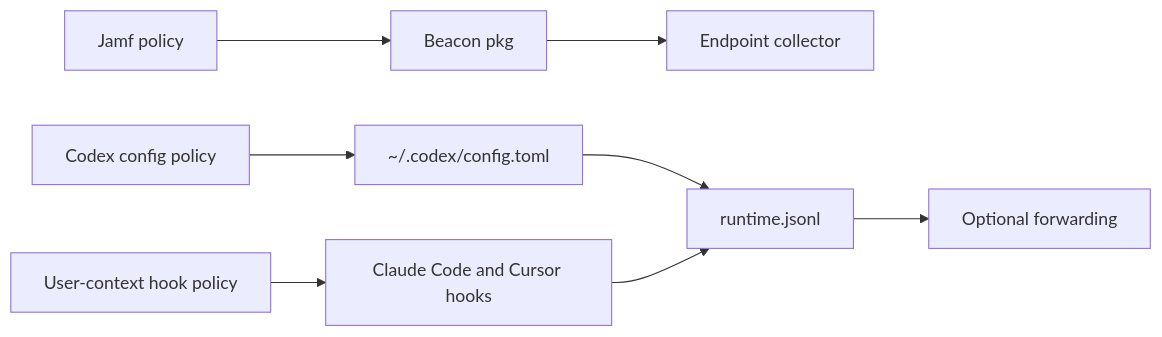
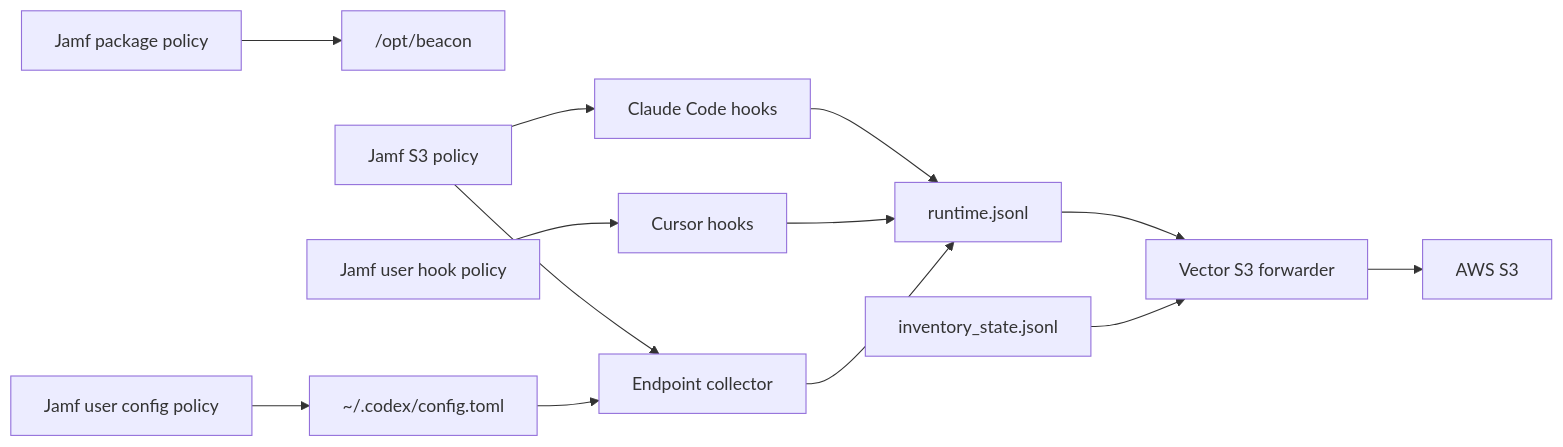
The diagram in docs/guides/jamf-anthropic-openai-cursor-mdm.mdx (Asymptote-Labs/agent-beacon), drawn with Mermaid before and after one commit. The commit also changed other lines of this file and 1 other file, not shown here.

````diff
--- a/docs/guides/jamf-anthropic-openai-cursor-mdm.mdx
+++ b/docs/guides/jamf-anthropic-openai-cursor-mdm.mdx
@@ -21,10 +18,15 @@
 ```mermaid
 flowchart LR
-  JamfPolicy[Jamf policy] --> Package[Beacon pkg]
-  Package --> Collector[Endpoint collector]
-  HookPolicy[User-context hook policy] --> Hooks[Claude Code and Cursor hooks]
-  CodexPolicy[Codex config policy] --> CodexConfig["~/.codex/config.toml"]
-  CodexConfig --> RuntimeLog["runtime.jsonl"]
-  Hooks --> RuntimeLog
-  RuntimeLog --> Forwarding[Optional forwarding]
+  JamfPackage[Jamf package policy] --> Beacon["/opt/beacon"]
+  JamfS3[Jamf S3 policy] --> Collector[Endpoint collector]
+  JamfS3 --> ClaudeHooks[Claude Code hooks]
+  JamfCursor[Jamf user hook policy] --> CursorHooks[Cursor hooks]
+  JamfCodex[Jamf user config policy] --> CodexConfig["~/.codex/config.toml"]
+  ClaudeHooks --> RuntimeLog["runtime.jsonl"]
+  CursorHooks --> RuntimeLog
+  CodexConfig --> Collector
+  Collector --> RuntimeLog
+  RuntimeLog --> Vector[Vector S3 forwarder]
+  Inventory["inventory_state.jsonl"] --> Vector
+  Vector --> S3[AWS S3]
 ```
````
